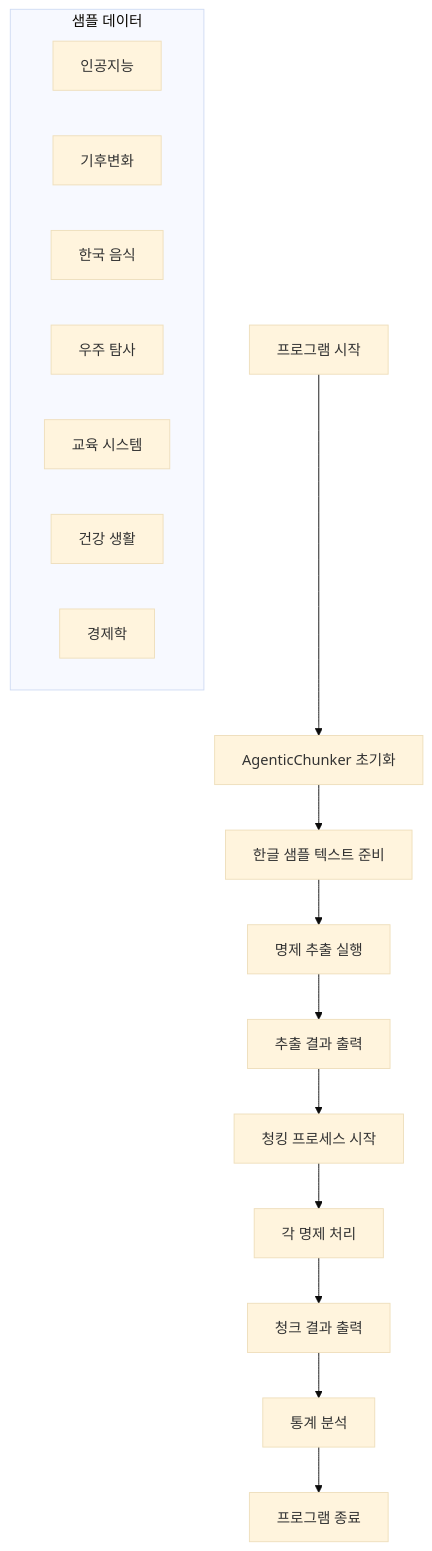
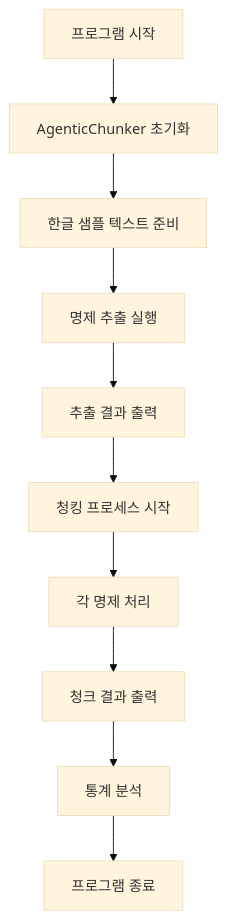
The fifth of 9 diagrams in README.md (ses9892/agentic-chunk), drawn with Mermaid (base theme) before and after one commit.

Commit message:
ㅇㅇㅇ

````diff
--- a/README.md
+++ b/README.md
@@ -177,22 +177,12 @@
 ```mermaid
 flowchart TD
     A[프로그램 시작] --> B[AgenticChunker 초기화]
     B --> C[한글 샘플 텍스트 준비]
     C --> D[명제 추출 실행]
     D --> E[추출 결과 출력]
     E --> F[청킹 프로세스 시작]
     F --> G[각 명제 처리]
     G --> H[청크 결과 출력]
     H --> I[통계 분석]
     I --> J[프로그램 종료]
-
-    subgraph "샘플 데이터"
-        K[인공지능]
-        L[기후변화]
-        M[한국 음식]
-        N[우주 탐사]
-        O[교육 시스템]
-        P[건강 생활]
-        Q[경제학]
-    end
 ```
````
